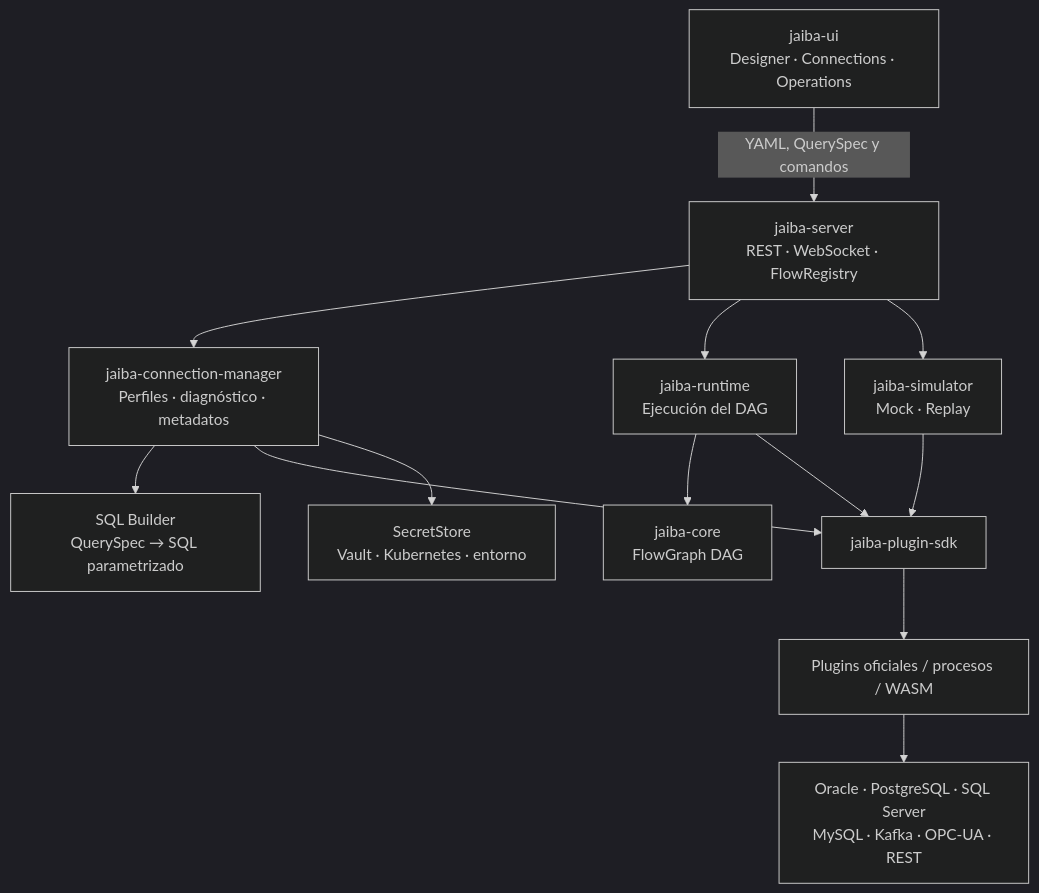
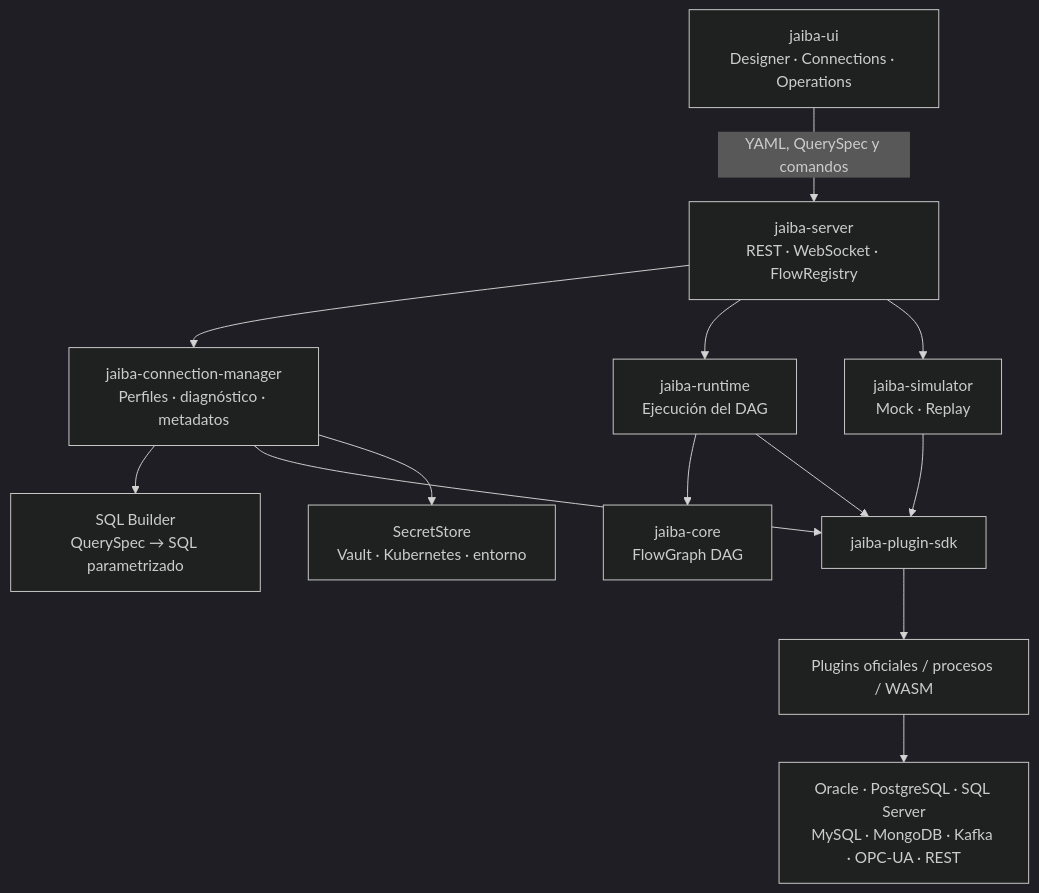
Before and after one commit to dfr2098/jaiva: the first of 2 diagrams in docs/project-vision.md, drawn with Mermaid (dark theme). The commit also changed 61 other files, not shown here.

````diff
--- a/docs/project-vision.md
+++ b/docs/project-vision.md
@@ -49,22 +49,22 @@
 ```mermaid
 flowchart TB
     UI["jaiba-ui<br/>Designer · Connections · Operations"]
     SERVER["jaiba-server<br/>REST · WebSocket · FlowRegistry"]
     CM["jaiba-connection-manager<br/>Perfiles · diagnóstico · metadatos"]
     SQL["SQL Builder<br/>QuerySpec → SQL parametrizado"]
     RUNTIME["jaiba-runtime<br/>Ejecución del DAG"]
     SIM["jaiba-simulator<br/>Mock · Replay"]
 
     UI -->|YAML, QuerySpec y comandos| SERVER
     SERVER --> CM
     CM --> SQL
     SERVER --> RUNTIME
     SERVER --> SIM
     RUNTIME --> CORE["jaiba-core<br/>FlowGraph DAG"]
     RUNTIME --> SDK["jaiba-plugin-sdk"]
     CM --> SDK
     SIM --> SDK
     SDK --> PLUGINS["Plugins oficiales / procesos / WASM"]
     CM --> SECRETS["SecretStore<br/>Vault · Kubernetes · entorno"]
-    PLUGINS --> SYSTEMS["Oracle · PostgreSQL · SQL Server<br/>MySQL · Kafka · OPC-UA · REST"]
+    PLUGINS --> SYSTEMS["Oracle · PostgreSQL · SQL Server<br/>MySQL · MongoDB · Kafka · OPC-UA · REST"]
 ```
````
